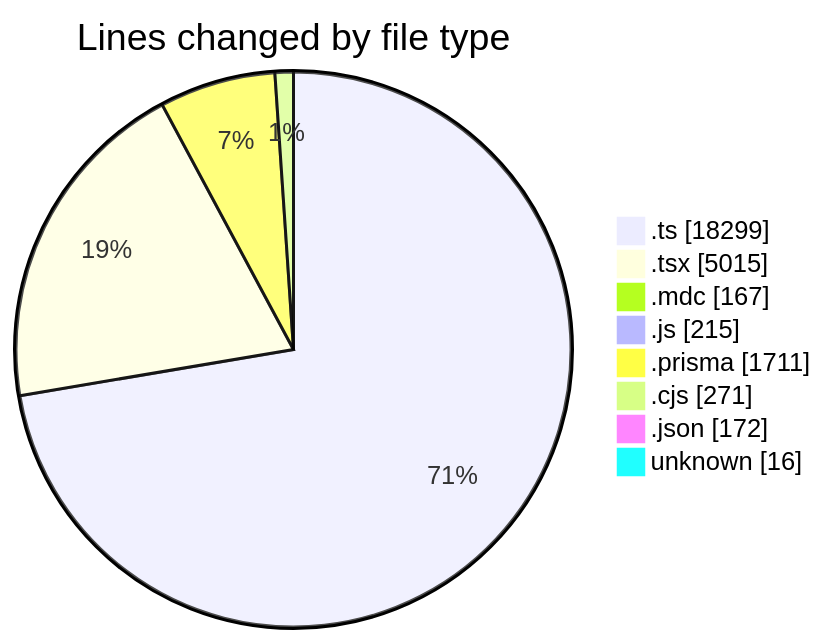
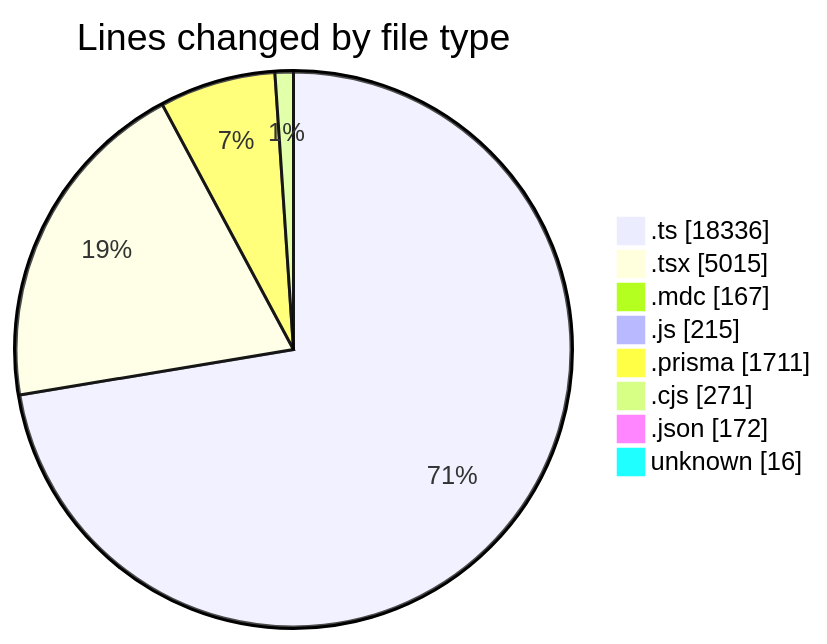
The first of 2 diagrams in 2025-06-06/ecodeli-1/README.md (CELIANVF/code-tracking), drawn with Mermaid before and after one commit. The commit also changed other lines of this file and 1 other file, not shown here.

````diff
--- a/2025-06-06/ecodeli-1/README.md
+++ b/2025-06-06/ecodeli-1/README.md
@@ -92,12 +93,12 @@
 ```mermaid
 pie showData
 title Lines changed by file type
-".ts" : 18299
+".ts" : 18336
 ".tsx" : 5015
 ".mdc" : 167
 ".js" : 215
 ".prisma" : 1711
 ".cjs" : 271
 ".json" : 172
 "unknown" : 16
 ```
````
